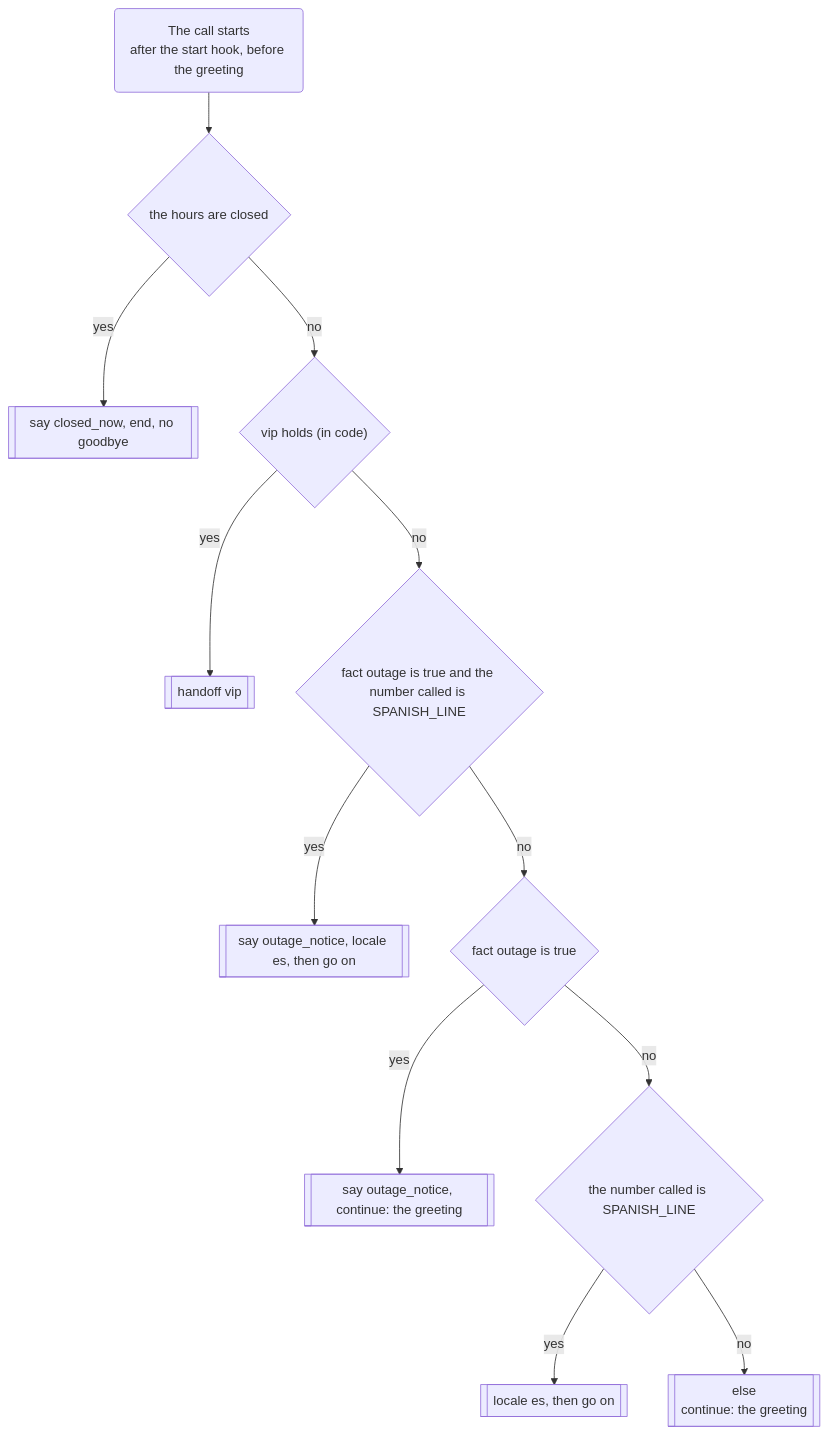
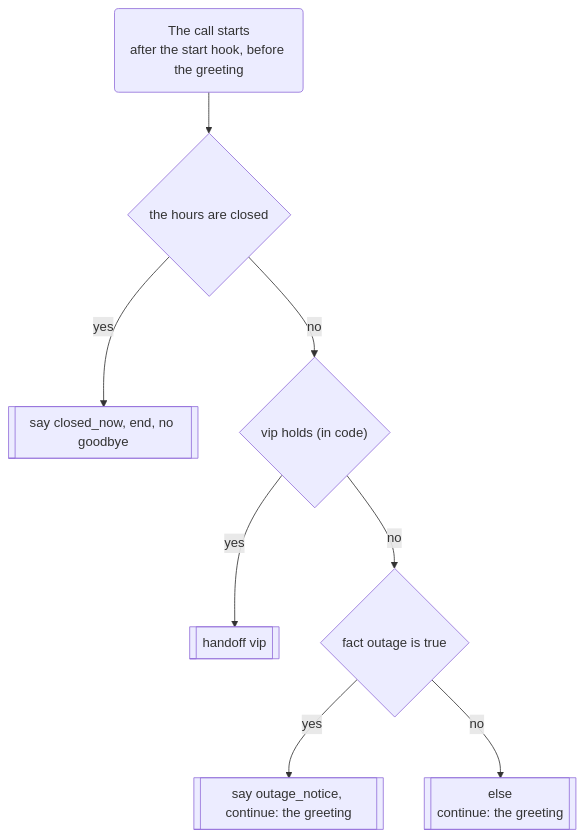
Before and after one commit to DialogWright/dialogwright: the fifth of 8 diagrams in packages/dialogwright/src/testing/routed/APP-MAP.md, drawn with Mermaid. The commit also changed other lines of this file and 38 other files, not shown here.

````diff
--- a/packages/dialogwright/src/testing/routed/APP-MAP.md
+++ b/packages/dialogwright/src/testing/routed/APP-MAP.md
@@ -100,26 +104,18 @@
 ```mermaid
 flowchart TD
   p_start("The call starts<br/>after the start hook, before the greeting")
   w_start_0{"the hours are closed"}
   p_start --> w_start_0
   o_start_0[["say closed_now, end, no goodbye"]]
   w_start_0 -->|"yes"| o_start_0
   w_start_1{"vip holds (in code)"}
   w_start_0 -->|"no"| w_start_1
   o_start_1[["handoff vip"]]
   w_start_1 -->|"yes"| o_start_1
-  w_start_2{"fact outage is true and the number called is SPANISH_LINE"}
+  w_start_2{"fact outage is true"}
   w_start_1 -->|"no"| w_start_2
-  o_start_2[["say outage_notice, locale es, then go on"]]
+  o_start_2[["say outage_notice, continue: the greeting"]]
   w_start_2 -->|"yes"| o_start_2
-  w_start_3{"fact outage is true"}
-  w_start_2 -->|"no"| w_start_3
-  o_start_3[["say outage_notice, continue: the greeting"]]
-  w_start_3 -->|"yes"| o_start_3
-  w_start_4{"the number called is SPANISH_LINE"}
-  w_start_3 -->|"no"| w_start_4
-  o_start_4[["locale es, then go on"]]
-  w_start_4 -->|"yes"| o_start_4
-  o_start_5[["else<br/>continue: the greeting"]]
-  w_start_4 -->|"no"| o_start_5
+  o_start_3[["else<br/>continue: the greeting"]]
+  w_start_2 -->|"no"| o_start_3
 ```
````
